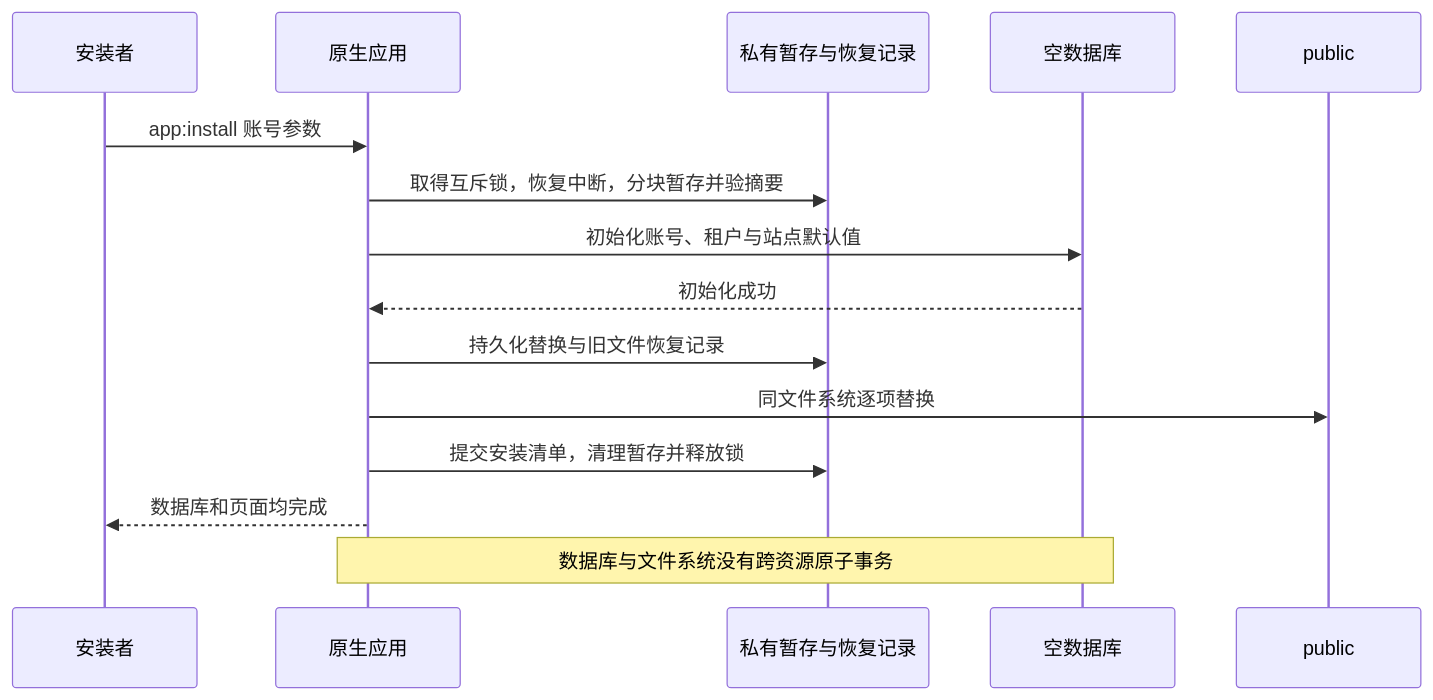
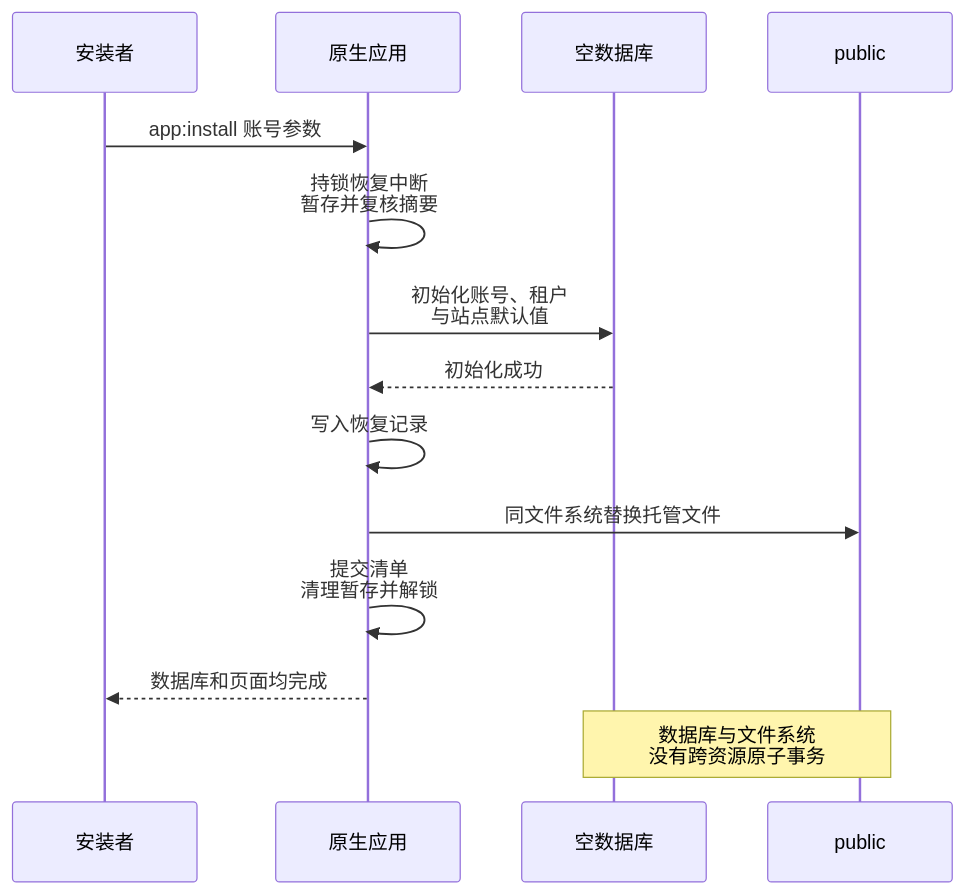
One commit to zoujingli/typeapp changed the second of 2 diagrams in docs/guide/deployment.md. Above: the diagram before and after it, drawn with Mermaid. The commit also changed other lines of this file and 31 other files, not shown here.

Commit message:
docs(release): 细化版本安装与组件图示并记录候选验收边界

````diff
--- a/docs/guide/deployment.md
+++ b/docs/guide/deployment.md
@@ -158,17 +160,16 @@
 ```mermaid
 sequenceDiagram
   participant Operator as 安装者
   participant App as 原生应用
-  participant Stage as 私有暂存与恢复记录
   participant DB as 空数据库
   participant Public as public
   Operator->>App: app:install 账号参数
-  App->>Stage: 取得互斥锁，恢复中断，分块暂存并验摘要
-  App->>DB: 初始化账号、租户与站点默认值
+  App->>App: 持锁恢复中断<br/>暂存并复核摘要
+  App->>DB: 初始化账号、租户<br/>与站点默认值
   DB-->>App: 初始化成功
-  App->>Stage: 持久化替换与旧文件恢复记录
-  App->>Public: 同文件系统逐项替换
-  App->>Stage: 提交安装清单，清理暂存并释放锁
+  App->>App: 写入恢复记录
+  App->>Public: 同文件系统替换托管文件
+  App->>App: 提交清单<br/>清理暂存并解锁
   App-->>Operator: 数据库和页面均完成
-  Note over App,DB: 数据库与文件系统没有跨资源原子事务
+  Note over DB,Public: 数据库与文件系统<br/>没有跨资源原子事务
 ```
````
